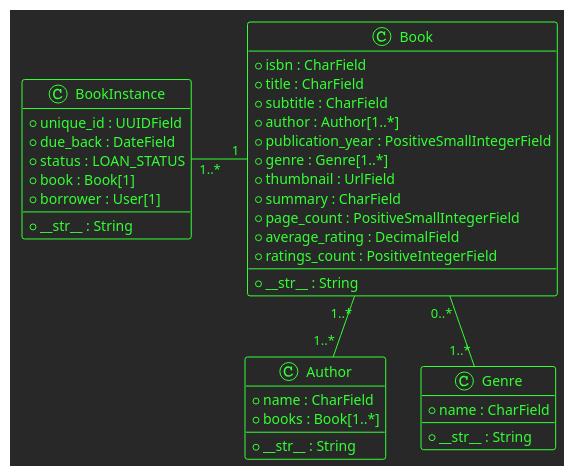
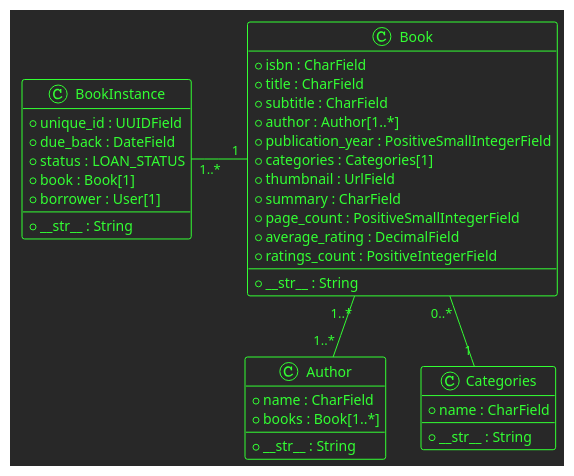
Before and after one commit to c-c-k/books-library: the diagram in docs/data_model.puml, drawn with PlantUML. The commit also changed 5 other files, not shown here.

Commit message:
changed genre to categories.

```diff
--- a/docs/data_model.puml
+++ b/docs/data_model.puml
@@ -1,47 +1,47 @@
 @startuml
 !theme crt-green
 
 class Book {
 +isbn : CharField
 +title : CharField
 +subtitle : CharField
 +author : Author[1..*]
 *publication_year : PositiveSmallIntegerField
-+genre : Genre[1..*]
++categories : Categories[1]
 +thumbnail : UrlField
 +summary : CharField
 +page_count : PositiveSmallIntegerField
 +average_rating : DecimalField
 +ratings_count : PositiveIntegerField
 --
 +__str__ : String
 }
 
 class Author {
 +name : CharField
 +books : Book[1..*]
 --
 +__str__ : String
 }
 
-class Genre {
+class Categories {
 +name : CharField
 --
 +__str__ : String
 }
 
 class BookInstance {
 +unique_id : UUIDField
 +due_back : DateField
 +status : LOAN_STATUS
 +book : Book[1]
 +borrower : User[1]
 --
 +__str__ : String
 }
 
 Book "1..*" -- "1..*" Author
-Book "0..*" -- "1..*" Genre
+Book "0..*" -- "1" Categories
 BookInstance "1..*" - "1" Book : "      "
 
 @enduml
```
